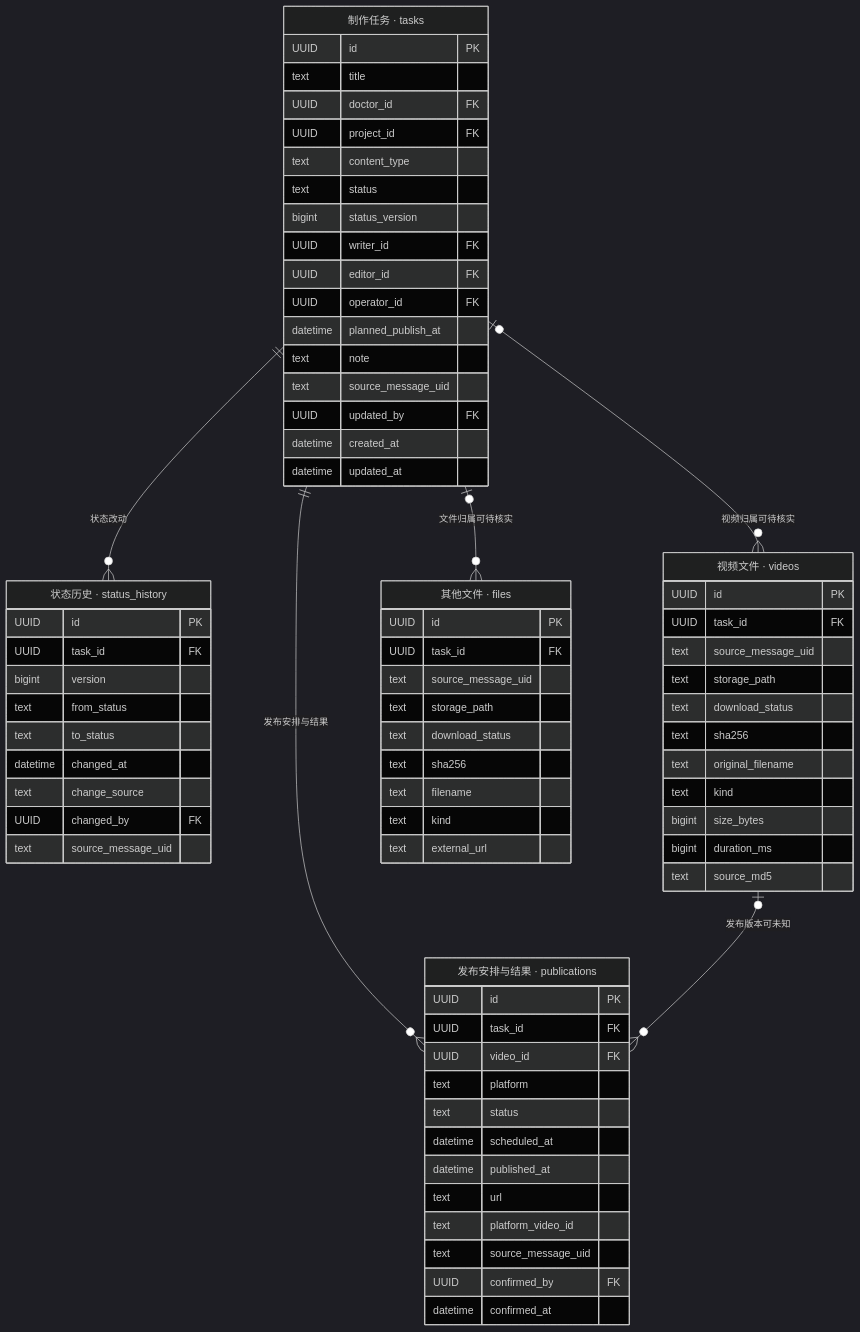
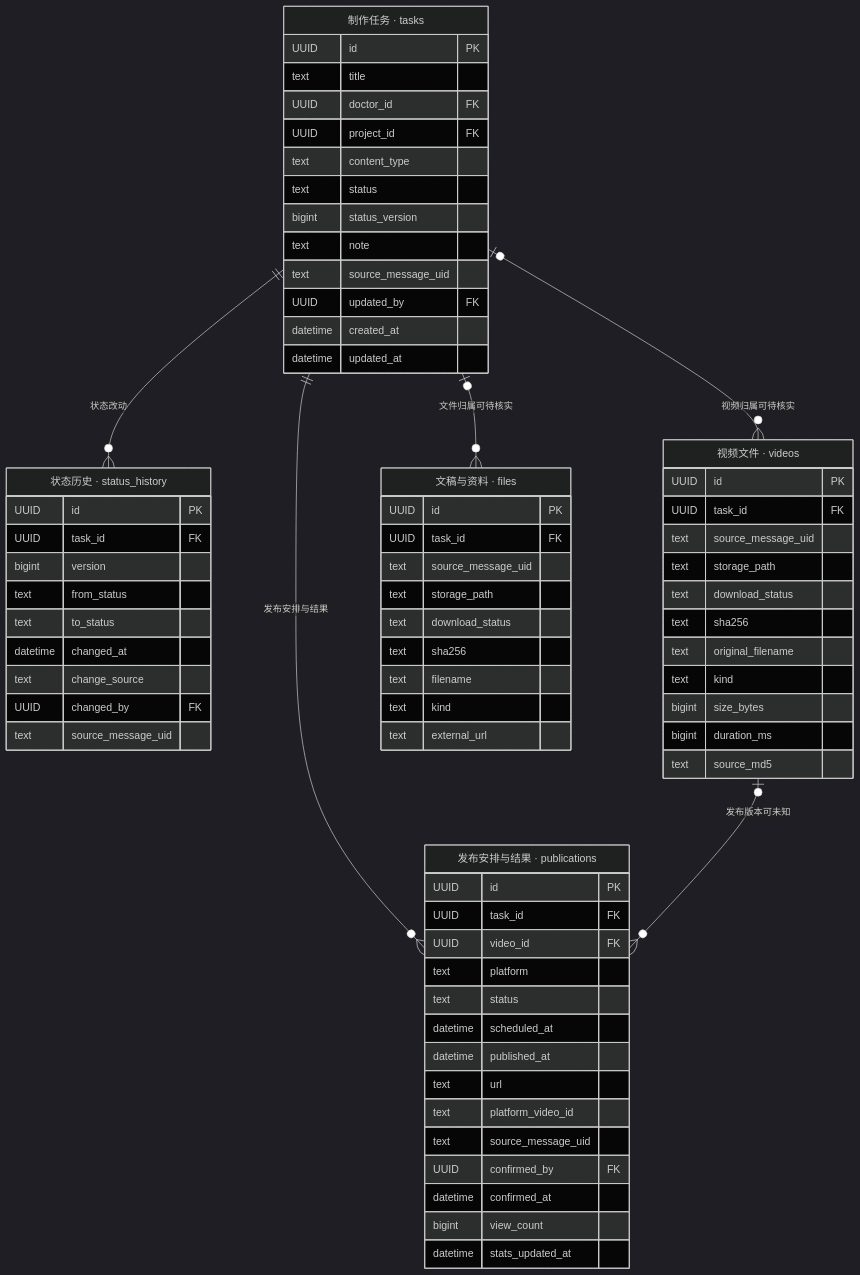
Before and after one commit to xunzhengkepu/docs: the diagram in task-model-20261017/maizi-task-database-20261017-v01-tasks.mmd, drawn with Mermaid (dark theme). The commit also changed 7 other files, not shown here.

```diff
--- a/task-model-20261017/maizi-task-database-20261017-v01-tasks.mmd
+++ b/task-model-20261017/maizi-task-database-20261017-v01-tasks.mmd
@@ -1,73 +1,71 @@
 erDiagram
     tasks ||--o{ status_history : "状态改动"
     tasks o|--o{ videos : "视频归属可待核实"
     tasks o|--o{ files : "文件归属可待核实"
     tasks ||--o{ publications : "发布安排与结果"
     videos o|--o{ publications : "发布版本可未知"
     tasks["制作任务 · tasks"] {
         UUID id PK
         text title
         UUID doctor_id FK
         UUID project_id FK
         text content_type
         text status
         bigint status_version
-        UUID writer_id FK
-        UUID editor_id FK
-        UUID operator_id FK
-        datetime planned_publish_at
         text note
         text source_message_uid
         UUID updated_by FK
         datetime created_at
         datetime updated_at
     }
     status_history["状态历史 · status_history"] {
         UUID id PK
         UUID task_id FK
         bigint version
         text from_status
         text to_status
         datetime changed_at
         text change_source
         UUID changed_by FK
         text source_message_uid
     }
     videos["视频文件 · videos"] {
         UUID id PK
         UUID task_id FK
         text source_message_uid
         text storage_path
         text download_status
         text sha256
         text original_filename
         text kind
         bigint size_bytes
         bigint duration_ms
         text source_md5
     }
-    files["其他文件 · files"] {
+    files["文稿与资料 · files"] {
         UUID id PK
         UUID task_id FK
         text source_message_uid
         text storage_path
         text download_status
         text sha256
         text filename
         text kind
         text external_url
     }
     publications["发布安排与结果 · publications"] {
         UUID id PK
         UUID task_id FK
         UUID video_id FK
         text platform
         text status
         datetime scheduled_at
         datetime published_at
         text url
         text platform_video_id
         text source_message_uid
         UUID confirmed_by FK
         datetime confirmed_at
+        bigint view_count
+        datetime stats_updated_at
     }
```
